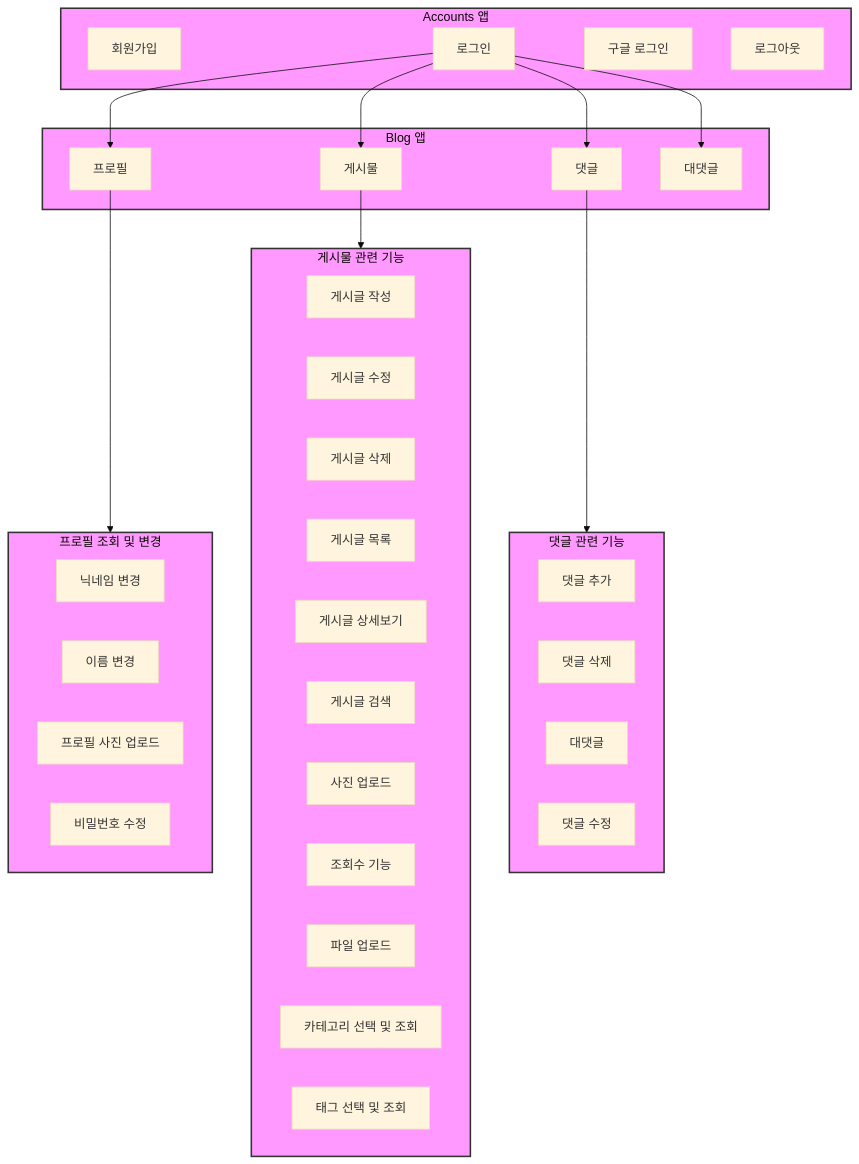
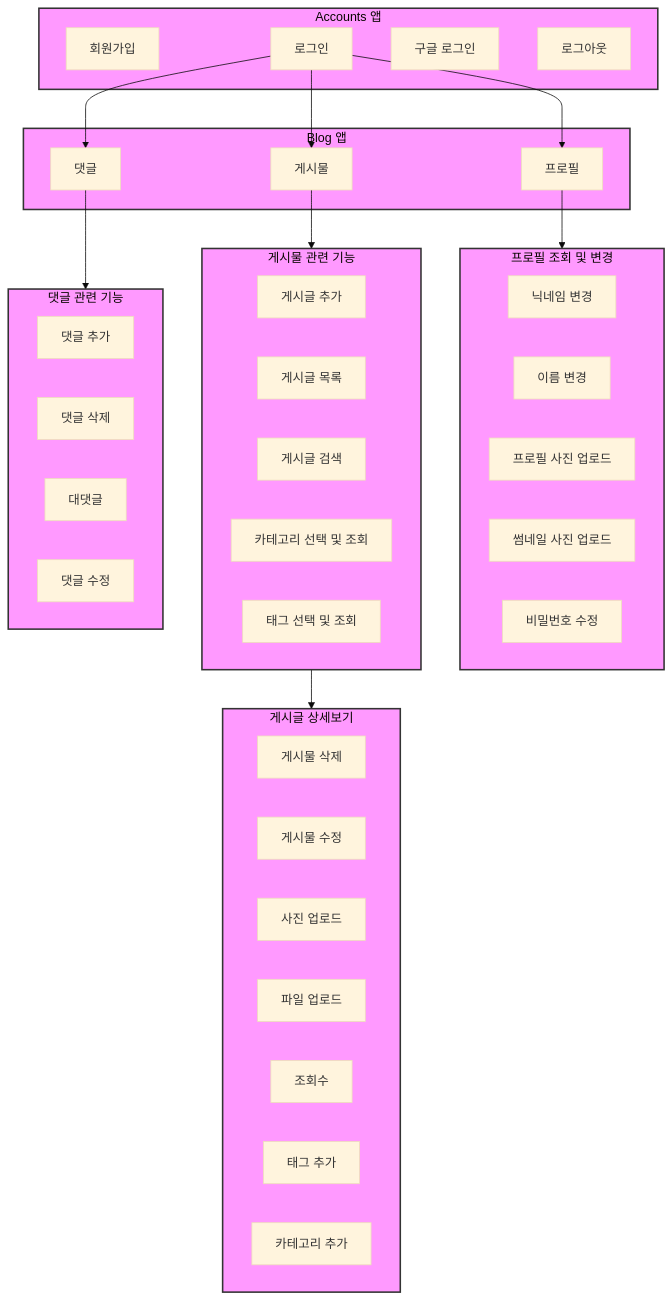
One commit to JoohyungDev/movie-review-blog changed the first of 3 diagrams in README.md. Above: the diagram before and after it, drawn with Mermaid (base theme).

````diff
--- a/README.md
+++ b/README.md
@@ -93,59 +93,63 @@
 ```mermaid
 graph TD;
     subgraph accounts [Accounts 앱]
         signup[회원가입]
         login[로그인]
         google_login[구글 로그인]
         logout[로그아웃]
     end
 
     subgraph blog [Blog 앱]
         profile[프로필]
         postCRUD[게시물]
         commentCRUD[댓글]
-        replyCRUD[대댓글]
     end
 
     subgraph profileFeatures [프로필 조회 및 변경]
         nicknameSetting[닉네임 변경]
         nameSetting[이름 변경]
         profilePhotoUpload[프로필 사진 업로드]
+	    thumbnailImageUpload[썸네일 사진 업로드]
         passwordEdit[비밀번호 수정]
     end
 
     subgraph postFeatures [게시물 관련 기능]
-        createPost[게시글 작성]
-        updatePost[게시글 수정]
-        deletePost[게시글 삭제]
-        postList[게시글 목록]
-        postDetail[게시글 상세보기]
+        createPost[게시글 추가]
+	    postList[게시글 목록]
         searchPost[게시글 검색]
-        uploadPhoto[사진 업로드]
-        viewCount[조회수 기능]
-        uploadFile[파일 업로드]
         categorySelectAndView[카테고리 선택 및 조회]
         tagSelectAndView[태그 선택 및 조회]
+    end
+
+    subgraph postDetail [게시글 상세보기]
+        deletePost[게시물 삭제]
+        editPost[게시물 수정]
+        uploadPhotoInPost[사진 업로드]
+        uploadFileInPost[파일 업로드]
+        viewCountInPost[조회수]
+        tagAddInPost[태그 추가]
+        categoryAddInPost[카테고리 추가]
     end
 
     subgraph commentFeatures [댓글 관련 기능]
         addComment[댓글 추가]
         deleteComment[댓글 삭제]
         addReply[대댓글]
         editComment[댓글 수정]
     end
 
     login --> profile;
     profile --> profileFeatures;
     login --> postCRUD;
     login --> commentCRUD;
-    login --> replyCRUD;
     postCRUD --> postFeatures;
+    postFeatures --> postDetail;
     commentCRUD --> commentFeatures;
 
     classDef app fill:#f9f,stroke:#333,stroke-width:2px;
-    class accounts,blog,profileFeatures,postFeatures,commentFeatures app;
+    class accounts,blog,profileFeatures,postFeatures,commentFeatures,postDetail app;
 
 
 
 
 ```
````
